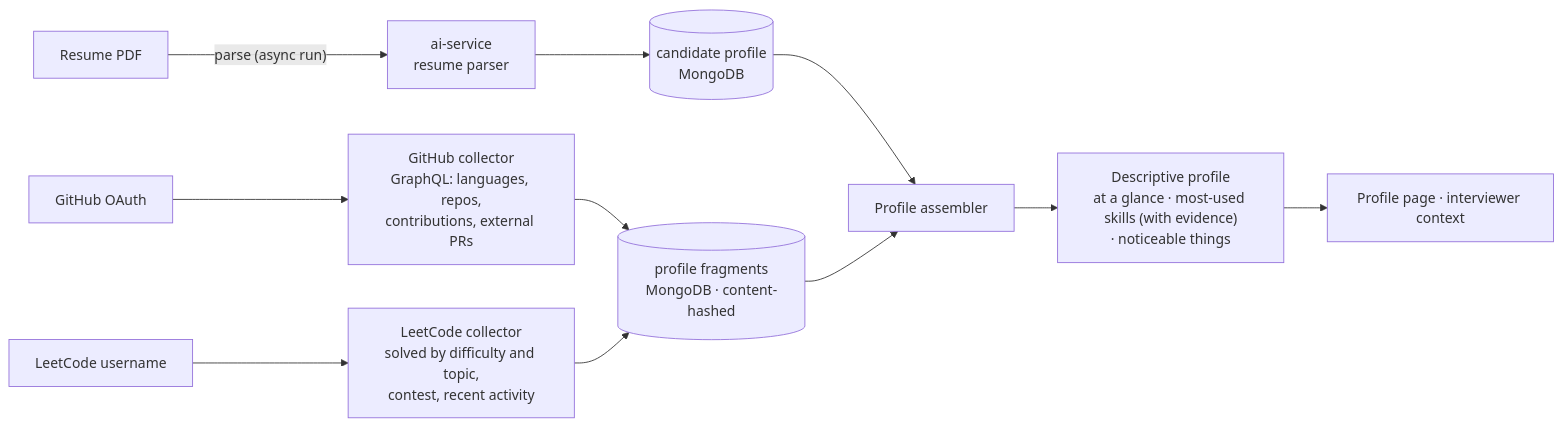
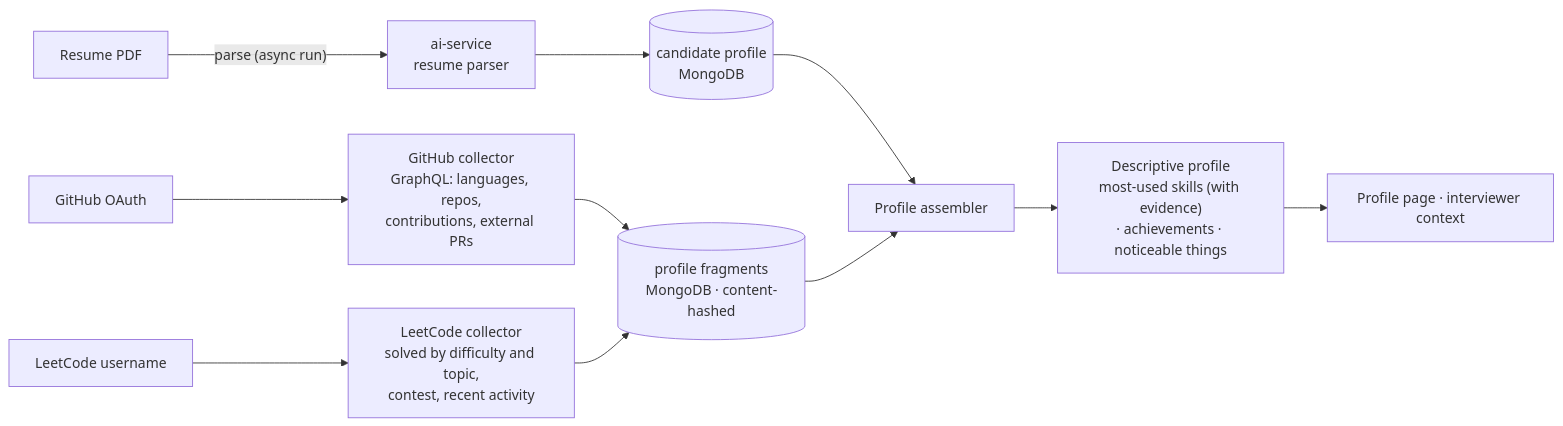
One commit to DeepanshuTyagi2004/interviewiq changed the fourth of 8 diagrams in README.md. Above: the diagram before and after it, drawn with Mermaid. The commit also changed other lines of this file and 3 other files, not shown here.

````diff
--- a/README.md
+++ b/README.md
@@ -231,13 +231,13 @@
 ```mermaid
 flowchart LR
     R["Resume PDF"] -- "parse (async run)" --> AI[ai-service<br/>resume parser]
     AI --> CP[(candidate profile<br/>MongoDB)]
     GH["GitHub OAuth"] --> GC["GitHub collector<br/>GraphQL: languages, repos,<br/>contributions, external PRs"]
     LC["LeetCode username"] --> LCC["LeetCode collector<br/>solved by difficulty and topic,<br/>contest, recent activity"]
     GC --> FR[(profile fragments<br/>MongoDB · content-hashed)]
     LCC --> FR
     CP --> PA[Profile assembler]
     FR --> PA
-    PA --> V["Descriptive profile<br/>at a glance · most-used skills (with evidence)<br/>· noticeable things"]
+    PA --> V["Descriptive profile<br/>most-used skills (with evidence)<br/>· achievements · noticeable things"]
     V --> UI[Profile page · interviewer context]
 ```
````
